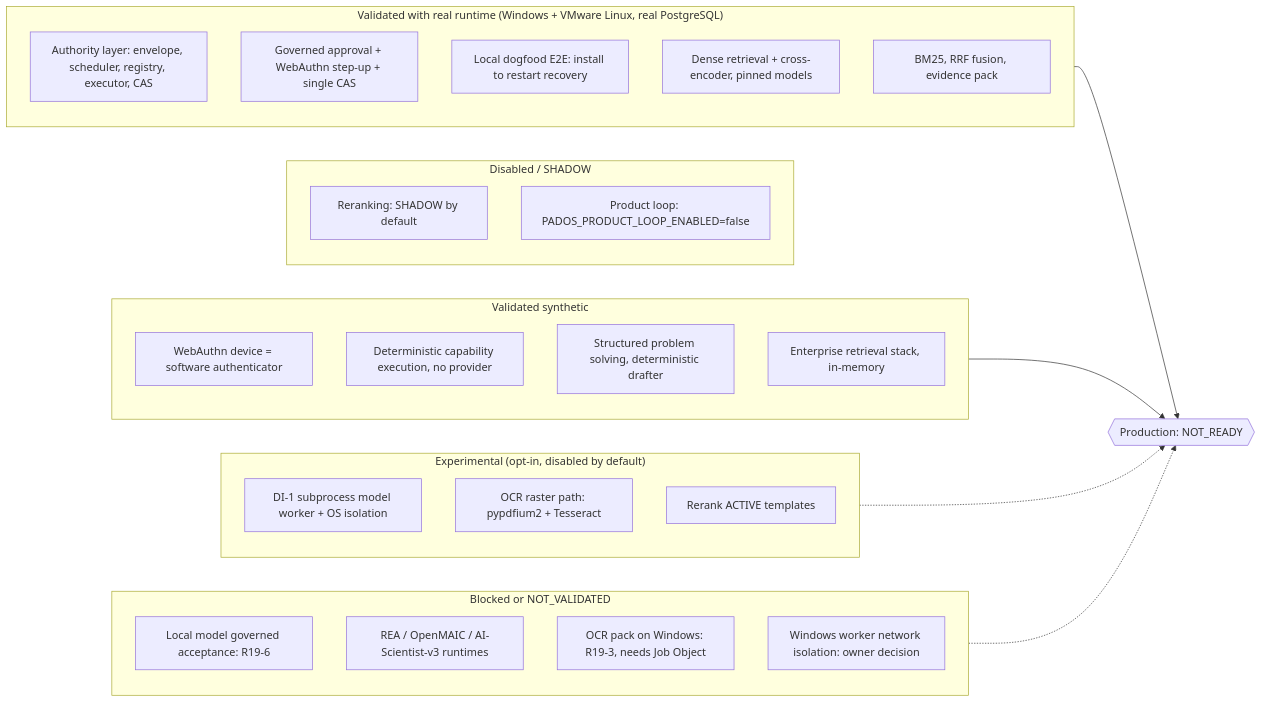
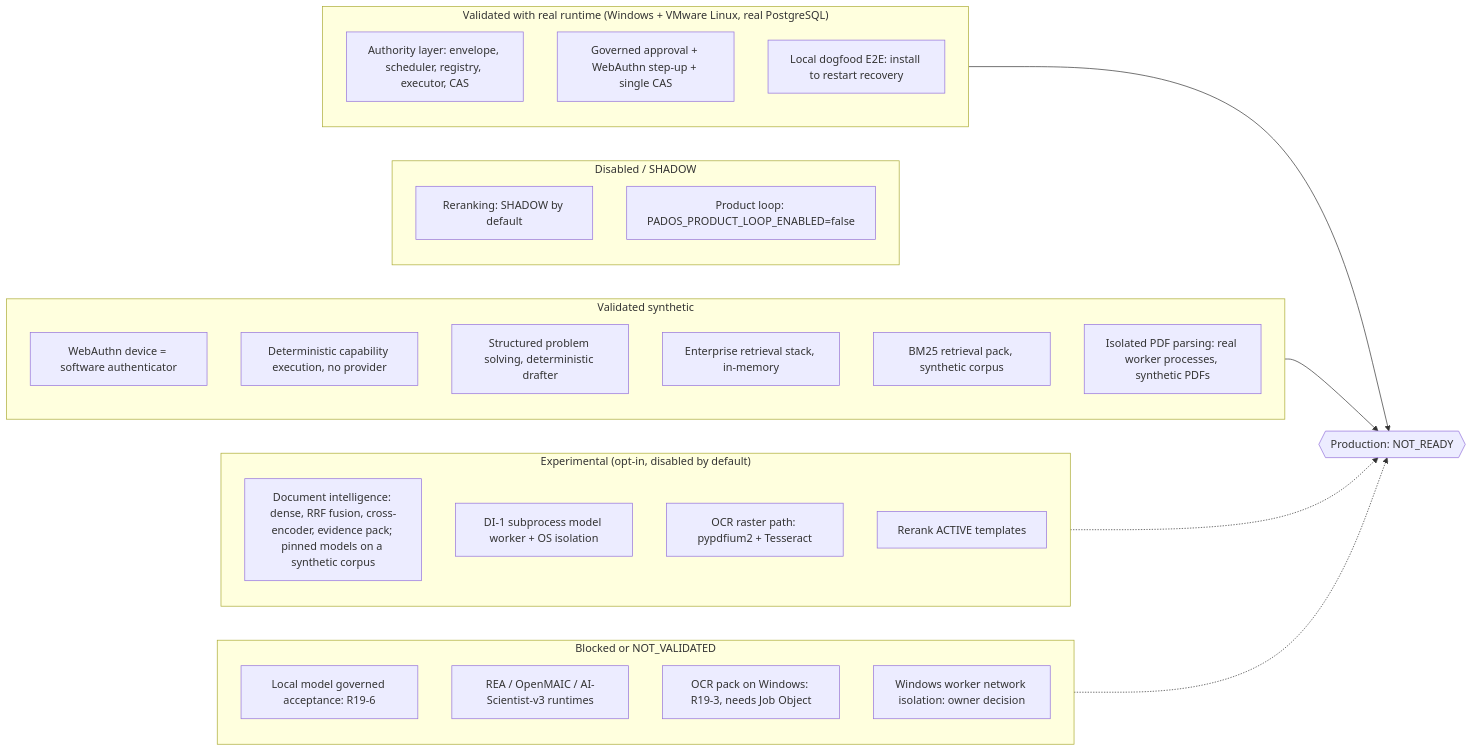
One commit to Jimmy0307/Pados changed the diagram in docs/architecture/public/capability-status-2026-11-14.mmd. Above: the diagram before and after it, drawn with Mermaid. The commit also changed 8 other files, not shown here.

```diff
--- a/docs/architecture/public/capability-status-2026-11-14.mmd
+++ b/docs/architecture/public/capability-status-2026-11-14.mmd
@@ -1,34 +1,35 @@
 %% PADOS capability status by evidence class, main baseline 2026-11-14. Reproducible Mermaid source.
 flowchart LR
   subgraph RT["Validated with real runtime (Windows + VMware Linux, real PostgreSQL)"]
     A1[Authority layer: envelope, scheduler, registry, executor, CAS]
     A2[Governed approval + WebAuthn step-up + single CAS]
     A3[Local dogfood E2E: install to restart recovery]
-    A4[Dense retrieval + cross-encoder, pinned models]
-    A5[BM25, RRF fusion, evidence pack]
   end
   subgraph SY["Validated synthetic"]
     S1[WebAuthn device = software authenticator]
     S2[Deterministic capability execution, no provider]
     S3[Structured problem solving, deterministic drafter]
     S4[Enterprise retrieval stack, in-memory]
+    S5[BM25 retrieval pack, synthetic corpus]
+    S6[Isolated PDF parsing: real worker processes, synthetic PDFs]
   end
   subgraph EX["Experimental (opt-in, disabled by default)"]
+    E0[Document intelligence: dense, RRF fusion, cross-encoder, evidence pack; pinned models on a synthetic corpus]
     E1[DI-1 subprocess model worker + OS isolation]
     E2[OCR raster path: pypdfium2 + Tesseract]
     E3[Rerank ACTIVE templates]
   end
   subgraph DS["Disabled / SHADOW"]
     D1[Reranking: SHADOW by default]
     D2[Product loop: PADOS_PRODUCT_LOOP_ENABLED=false]
   end
   subgraph BL["Blocked or NOT_VALIDATED"]
     B1[Local model governed acceptance: R19-6]
     B2[REA / OpenMAIC / AI-Scientist-v3 runtimes]
     B3[OCR pack on Windows: R19-3, needs Job Object]
     B4[Windows worker network isolation: owner decision]
   end
   RT --> PROD{{Production: NOT_READY}}
   SY --> PROD
   EX -.-> PROD
   BL -.-> PROD
```
